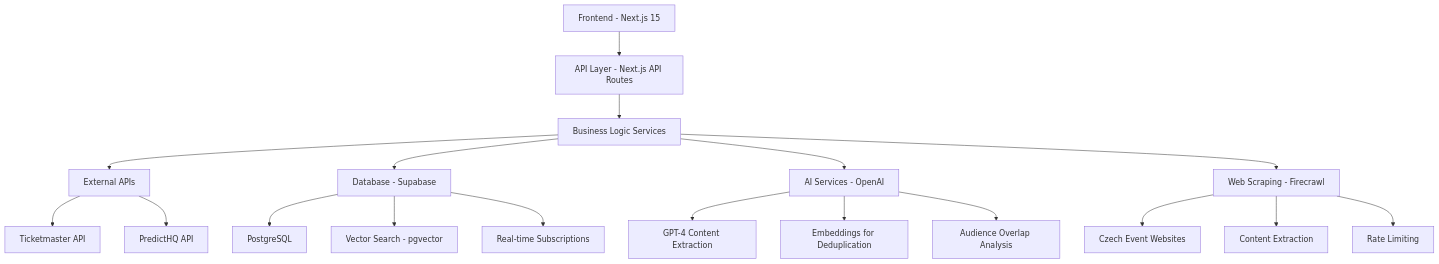
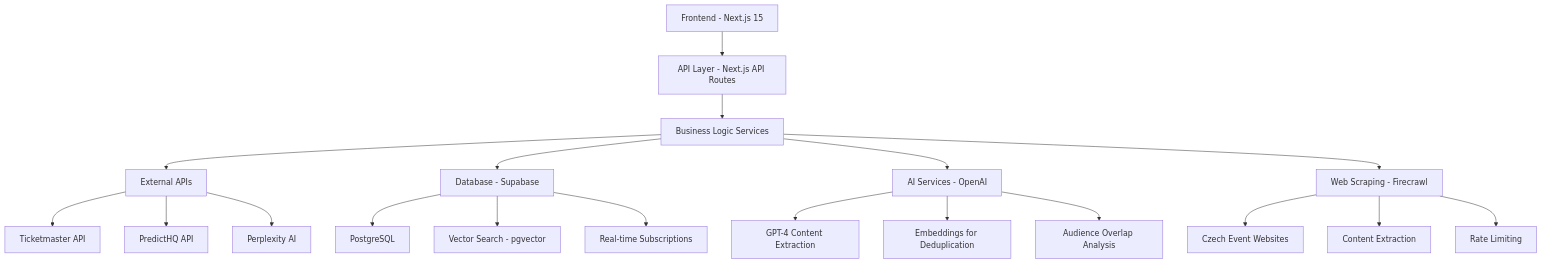
One commit to kamilvitek/oslavu_app changed the first of 3 diagrams in docs/architecture/overview.md. Above: the diagram before and after it, drawn with Mermaid. The commit also changed 6 other files, not shown here.

````diff
--- a/docs/architecture/overview.md
+++ b/docs/architecture/overview.md
@@ -7,24 +7,25 @@
 ```mermaid
 graph TB
     A[Frontend - Next.js 15] --> B[API Layer - Next.js API Routes]
     B --> C[Business Logic Services]
     C --> D[External APIs]
     C --> E[Database - Supabase]
     C --> F[AI Services - OpenAI]
     C --> G[Web Scraping - Firecrawl]
     
     D --> D1[Ticketmaster API]
     D --> D2[PredictHQ API]
+    D --> D3[Perplexity AI]
     
     E --> E1[PostgreSQL]
     E --> E2[Vector Search - pgvector]
     E --> E3[Real-time Subscriptions]
     
     F --> F1[GPT-4 Content Extraction]
     F --> F2[Embeddings for Deduplication]
     F --> F3[Audience Overlap Analysis]
     
     G --> G1[Czech Event Websites]
     G --> G2[Content Extraction]
     G --> G3[Rate Limiting]
 ```
````
